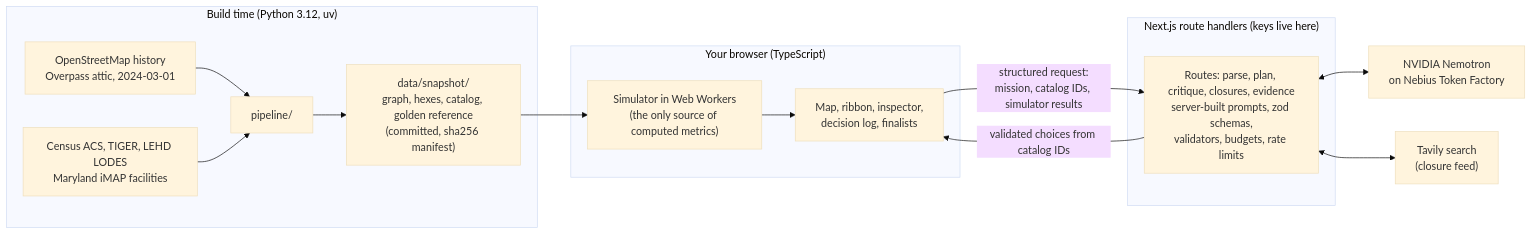
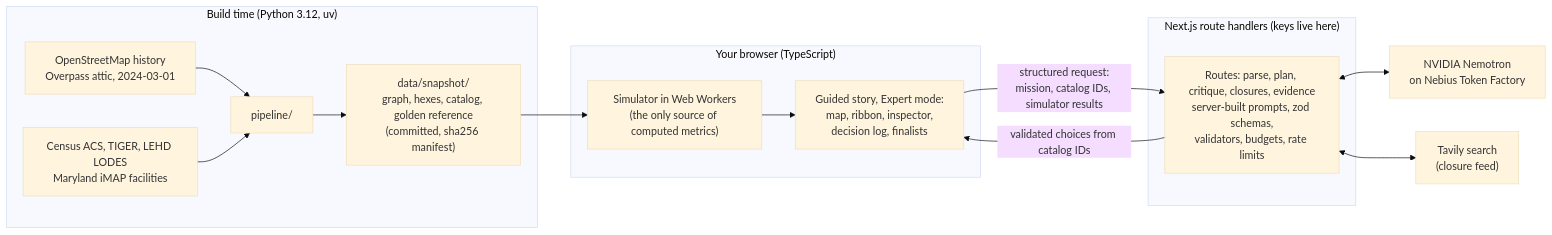
One commit to Rickygole/worldseed changed the diagram in README.md. Above: the diagram before and after it, drawn with Mermaid (base theme). The commit also changed other lines of this file and 4 other files, not shown here.

Commit message:
Docs: freight/hazmat built and framed as simulation (MDTA cited), corrected recovery measure, privacy notice, guided-story copy deck in plain language

````diff
--- a/README.md
+++ b/README.md
@@ -128,24 +150,24 @@
 ```mermaid
 flowchart LR
   subgraph Build["Build time (Python 3.12, uv)"]
     OSM["OpenStreetMap history<br/>Overpass attic, 2024-03-01"] --> P["pipeline/"]
     CEN["Census ACS, TIGER, LEHD LODES<br/>Maryland iMAP facilities"] --> P
     P --> SNAP["data/snapshot/<br/>graph, hexes, catalog, golden reference<br/>(committed, sha256 manifest)"]
   end
 
   subgraph Browser["Your browser (TypeScript)"]
     SIM["Simulator in Web Workers<br/>(the only source of computed metrics)"]
-    UI["Map, ribbon, inspector,<br/>decision log, finalists"]
+    UI["Guided story, Expert mode:<br/>map, ribbon, inspector,<br/>decision log, finalists"]
     SNAP --> SIM
     SIM --> UI
   end
 
   subgraph Server["Next.js route handlers (keys live here)"]
     RT["Routes: parse, plan, critique, closures, evidence<br/>server-built prompts, zod schemas,<br/>validators, budgets, rate limits"]
   end
 
   UI -- "structured request:<br/>mission, catalog IDs, simulator results" --> RT
   RT -- "validated choices from catalog IDs" --> UI
   RT <--> TF["NVIDIA Nemotron<br/>on Nebius Token Factory"]
   RT <--> TV["Tavily search<br/>(closure feed)"]
 ```
````
